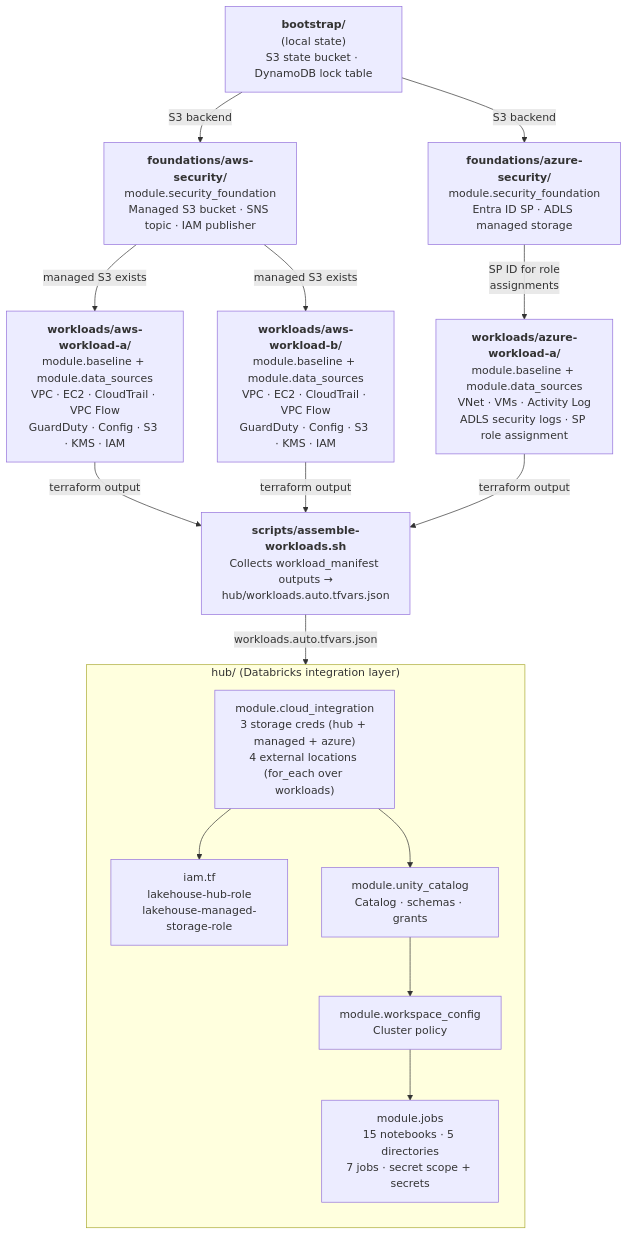
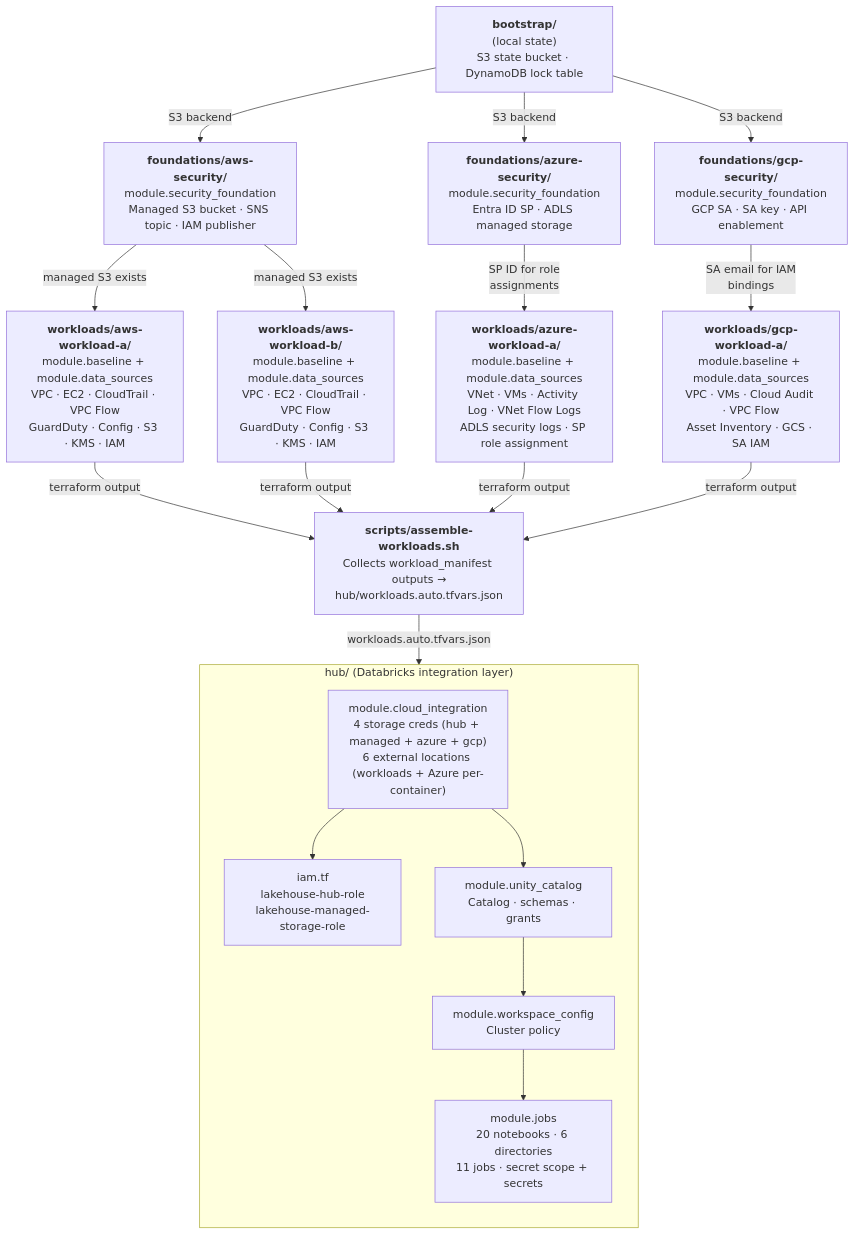
One commit to snk5125/security-data-platform changed the fourth of 4 diagrams in architecture_diagram.md. Above: the diagram before and after it, drawn with Mermaid. The commit also changed other lines of this file and 68 other files, not shown here.

````diff
--- a/architecture_diagram.md
+++ b/architecture_diagram.md
@@ -369,36 +466,42 @@
 ```mermaid
 graph TD
     BOOT["<b>bootstrap/</b><br/>(local state)<br/>S3 state bucket · DynamoDB lock table"]
 
     FOUNDA["<b>foundations/aws-security/</b><br/>module.security_foundation<br/>Managed S3 bucket · SNS topic · IAM publisher"]
 
     FOUNDAZ["<b>foundations/azure-security/</b><br/>module.security_foundation<br/>Entra ID SP · ADLS managed storage"]
 
+    FOUNDGCP["<b>foundations/gcp-security/</b><br/>module.security_foundation<br/>GCP SA · SA key · API enablement"]
+
     WKA["<b>workloads/aws-workload-a/</b><br/>module.baseline + module.data_sources<br/>VPC · EC2 · CloudTrail · VPC Flow<br/>GuardDuty · Config · S3 · KMS · IAM"]
 
     WKB["<b>workloads/aws-workload-b/</b><br/>module.baseline + module.data_sources<br/>VPC · EC2 · CloudTrail · VPC Flow<br/>GuardDuty · Config · S3 · KMS · IAM"]
 
-    WKAZA["<b>workloads/azure-workload-a/</b><br/>module.baseline + module.data_sources<br/>VNet · VMs · Activity Log<br/>ADLS security logs · SP role assignment"]
+    WKAZA["<b>workloads/azure-workload-a/</b><br/>module.baseline + module.data_sources<br/>VNet · VMs · Activity Log · VNet Flow Logs<br/>ADLS security logs · SP role assignment"]
+
+    WKGCPA["<b>workloads/gcp-workload-a/</b><br/>module.baseline + module.data_sources<br/>VPC · VMs · Cloud Audit · VPC Flow<br/>Asset Inventory · GCS · SA IAM"]
 
     ASM["<b>scripts/assemble-workloads.sh</b><br/>Collects workload_manifest outputs →<br/>hub/workloads.auto.tfvars.json"]
 
     subgraph HUB ["hub/ (Databricks integration layer)"]
         direction TB
         IAM["iam.tf<br/>lakehouse-hub-role<br/>lakehouse-managed-storage-role"]
-        CI["module.cloud_integration<br/>3 storage creds (hub + managed + azure)<br/>4 external locations (for_each over workloads)"]
+        CI["module.cloud_integration<br/>4 storage creds (hub + managed + azure + gcp)<br/>6 external locations (workloads + Azure per-container)"]
         UC["module.unity_catalog<br/>Catalog · schemas · grants"]
         WC["module.workspace_config<br/>Cluster policy"]
-        JOBS["module.jobs<br/>15 notebooks · 5 directories<br/>7 jobs · secret scope + secrets"]
+        JOBS["module.jobs<br/>20 notebooks · 6 directories<br/>11 jobs · secret scope + secrets"]
         CI --> IAM
         CI --> UC
         UC --> WC
         WC --> JOBS
     end
 
     BOOT -->|"S3 backend"| FOUNDA
     BOOT -->|"S3 backend"| FOUNDAZ
+    BOOT -->|"S3 backend"| FOUNDGCP
     FOUNDA -->|"managed S3 exists"| WKA & WKB
     FOUNDAZ -->|"SP ID for role<br/>assignments"| WKAZA
-    WKA & WKB & WKAZA -->|"terraform output"| ASM
+    FOUNDGCP -->|"SA email for IAM<br/>bindings"| WKGCPA
+    WKA & WKB & WKAZA & WKGCPA -->|"terraform output"| ASM
     ASM -->|"workloads.auto.tfvars.json"| CI
 ```
````
